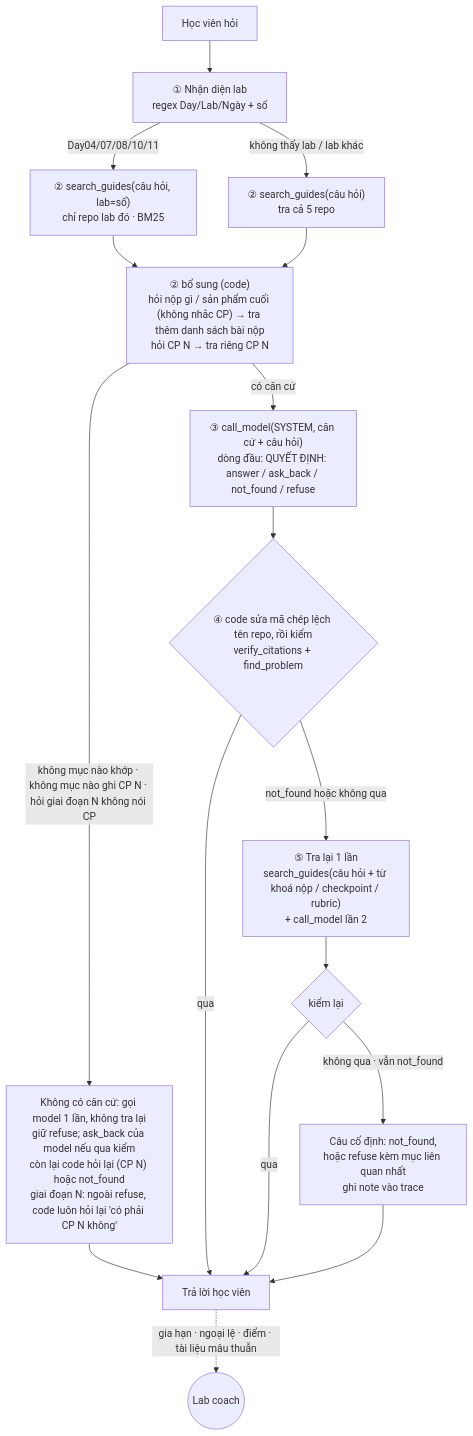
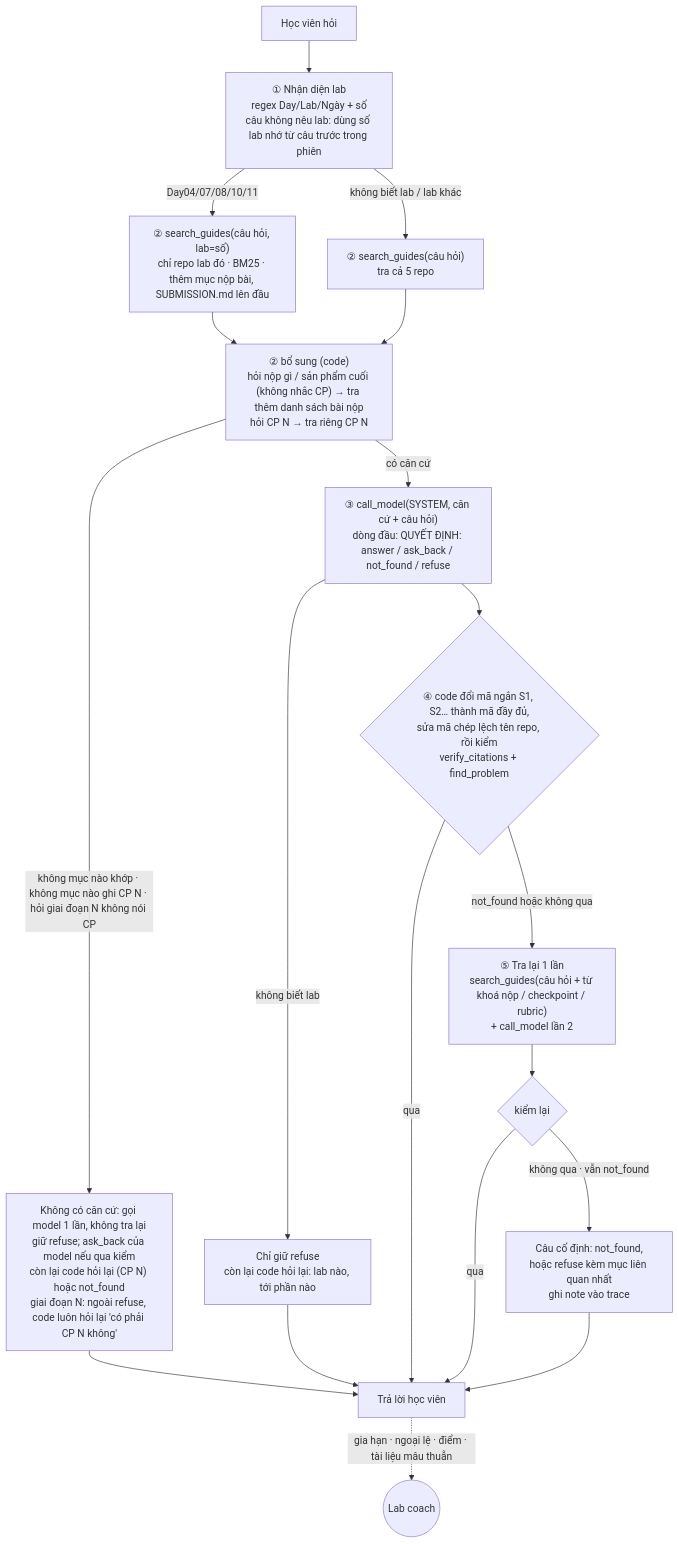
One commit to copengoknghek/K5-Day15-L3A-TayDuKy changed the diagram in spec.md. Above: the diagram before and after it, drawn with Mermaid. The commit also changed other lines of this file and 2 other files, not shown here.

Commit message:
agent: ma trich ngan, them muc nop bai, tra loi khi sai tien de; khong biet lab thi hoi lai, nho lab trong phien

````diff
--- a/spec.md
+++ b/spec.md
@@ -52,19 +52,21 @@
 ```mermaid
 flowchart TD
-    Q[Học viên hỏi] --> L["① Nhận diện lab<br/>regex Day/Lab/Ngày + số"]
-    L -->|"Day04/07/08/10/11"| S1["② search_guides(câu hỏi, lab=số)<br/>chỉ repo lab đó · BM25"]
-    L -->|"không thấy lab / lab khác"| S0["② search_guides(câu hỏi)<br/>tra cả 5 repo"]
+    Q[Học viên hỏi] --> L["① Nhận diện lab<br/>regex Day/Lab/Ngày + số<br/>câu không nêu lab: dùng số lab nhớ từ câu trước trong phiên"]
+    L -->|"Day04/07/08/10/11"| S1["② search_guides(câu hỏi, lab=số)<br/>chỉ repo lab đó · BM25 · thêm mục nộp bài, SUBMISSION.md lên đầu"]
+    L -->|"không biết lab / lab khác"| S0["② search_guides(câu hỏi)<br/>tra cả 5 repo"]
     S1 --> X["② bổ sung (code)<br/>hỏi nộp gì / sản phẩm cuối (không nhắc CP) → tra thêm danh sách bài nộp<br/>hỏi CP N → tra riêng CP N"]
     S0 --> X
     X -->|"có căn cứ"| M["③ call_model(SYSTEM, căn cứ + câu hỏi)<br/>dòng đầu: QUYẾT ĐỊNH: answer / ask_back / not_found / refuse"]
     X -->|"không mục nào khớp · không mục nào ghi CP N · hỏi giai đoạn N không nói CP"| E["Không có căn cứ: gọi model 1 lần, không tra lại<br/>giữ refuse; ask_back của model nếu qua kiểm<br/>còn lại code hỏi lại (CP N) hoặc not_found<br/>giai đoạn N: ngoài refuse, code luôn hỏi lại 'có phải CP N không'"]
     E --> OUT[Trả lời học viên]
-    M --> V{"④ code sửa mã chép lệch tên repo, rồi kiểm<br/>verify_citations + find_problem"}
+    M -->|"không biết lab"| K["Chỉ giữ refuse<br/>còn lại code hỏi lại: lab nào, tới phần nào"]
+    K --> OUT
+    M --> V{"④ code đổi mã ngắn S1, S2… thành mã đầy đủ,<br/>sửa mã chép lệch tên repo, rồi kiểm<br/>verify_citations + find_problem"}
     V -->|"qua"| OUT
     V -->|"not_found hoặc không qua"| R["⑤ Tra lại 1 lần<br/>search_guides(câu hỏi + từ khoá nộp / checkpoint / rubric)<br/>+ call_model lần 2"]
     R --> V2{"kiểm lại"}
     V2 -->|"qua"| OUT
     V2 -->|"không qua · vẫn not_found"| B["Câu cố định: not_found,<br/>hoặc refuse kèm mục liên quan nhất<br/>ghi note vào trace"]
     B --> OUT
     OUT -.->|"gia hạn · ngoại lệ · điểm · tài liệu mâu thuẫn"| H((Lab coach))
 ```
````
